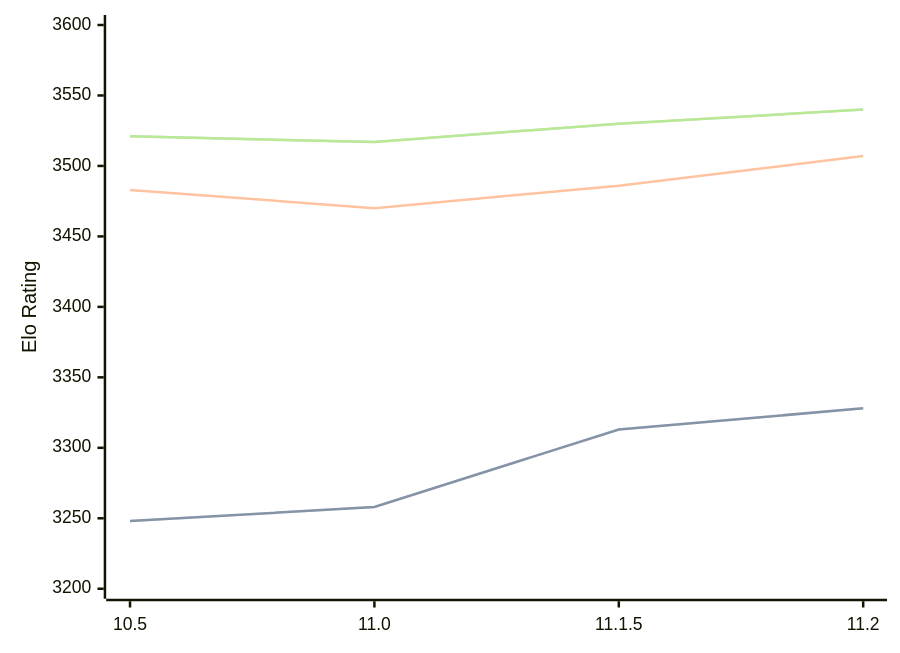
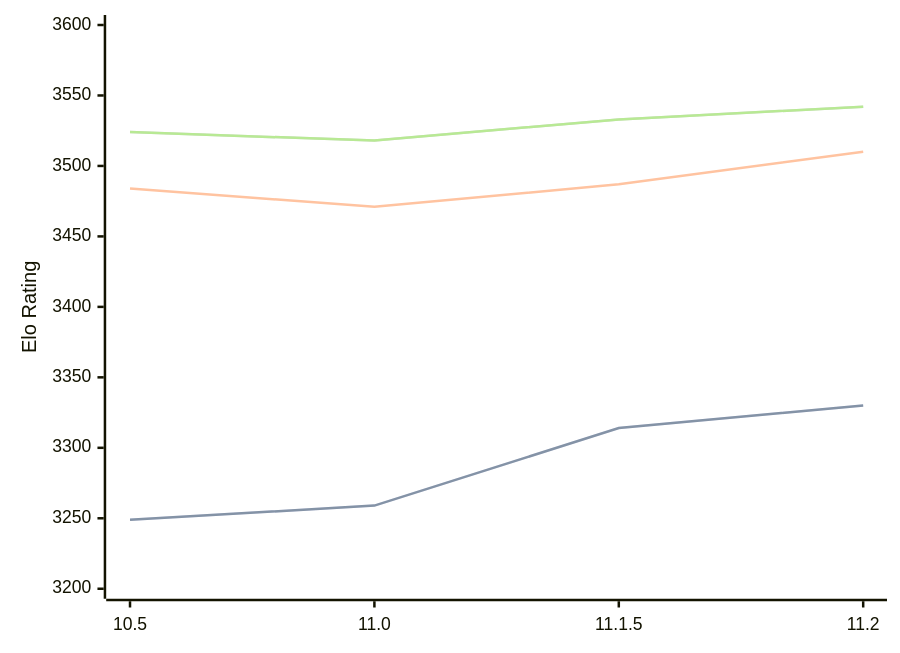
Before and after one commit to computer-chess-index/cci: the diagram in engines/Lizard.md, drawn with Mermaid. The commit also changed other lines of this file, not shown here.

Commit message:
Update CCI Ratings (ELO VLTC) - 2026-04-11

````diff
--- a/engines/Lizard.md
+++ b/engines/Lizard.md
@@ -46,11 +46,11 @@
 ```mermaid
 %%{init: {"theme":"base","themeVariables":{"seriesColors:['#a3a3a3','#222221','#faa371']}}}%%
 xychart-beta
   x-axis ["10.5", "11.0", "11.1.5", "11.2"]
   y-axis "Elo Rating" 3200 --> 3600
-  line "STC (8.0+0.08s)" [3248, 3258, 3313, 3328]
-  line "STC (8.0+0.08s)" [3248, 3258, 3313, 3328]
-  line "LTC (60.0+0.60s)" [3483, 3470, 3486, 3507]
-  line "VLTC (2m24s+1.12s)" [3521, 3517, 3530, 3540]
-  line "VLTC (2m24s+1.12s)" [3521, 3517, 3530, 3540]
+  line "STC (8.0+0.08s)" [3249, 3259, 3314, 3330]
+  line "STC (8.0+0.08s)" [3249, 3259, 3314, 3330]
+  line "LTC (60.0+0.60s)" [3484, 3471, 3487, 3510]
+  line "VLTC (2m24s+1.12s)" [3524, 3518, 3533, 3542]
+  line "VLTC (2m24s+1.12s)" [3524, 3518, 3533, 3542]
 ```
````
